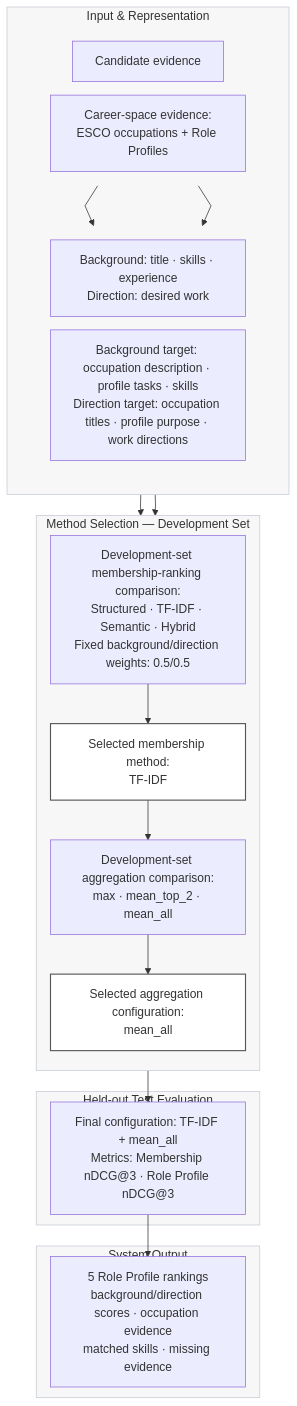
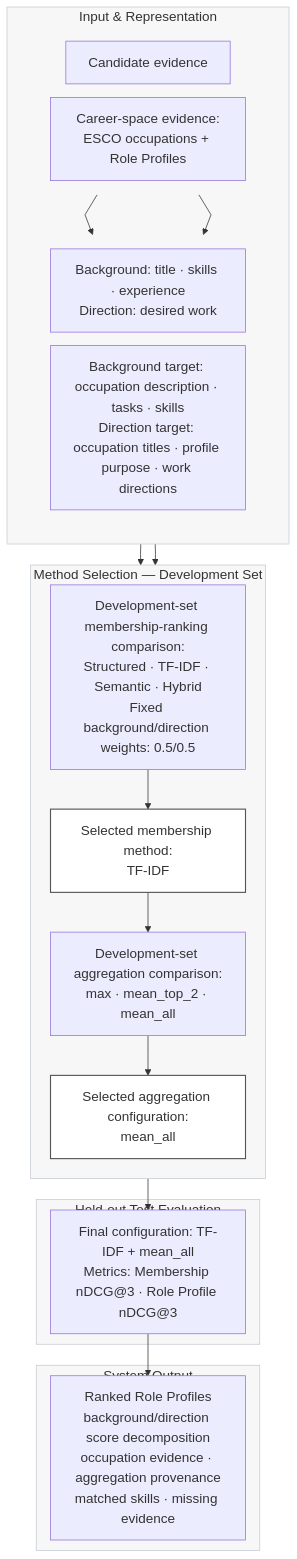
Before and after one commit to 813P/career-decision-support-system: the diagram in README.md, drawn with Mermaid.

Commit message:
Polish README pipeline presentation

````diff
--- a/README.md
+++ b/README.md
@@ -29,48 +29,48 @@
 ```mermaid
-%%{init: {"flowchart": {"curve": "linear", "nodeSpacing": 18, "rankSpacing": 28}}}%%
+%%{init: {"themeVariables": {"fontSize": "18px"}, "flowchart": {"curve": "linear", "nodeSpacing": 18, "rankSpacing": 28}}}%%
 flowchart TB
     subgraph I["Input & Representation"]
         direction TB
         subgraph H[" "]
             direction LR
             C0["Candidate evidence"]
             T0["Career-space evidence:<br/>ESCO occupations + Role Profiles"]
         end
         subgraph F[" "]
             direction LR
             C1["Background: title · skills · experience<br/>Direction: desired work"]
-            T1["Background target: occupation description · profile tasks · skills<br/>Direction target: occupation titles · profile purpose · work directions"]
+            T1["Background target: occupation description · tasks · skills<br/>Direction target: occupation titles · profile purpose · work directions"]
         end
         C0 --> C1
         T0 --> T1
     end
 
     subgraph D["Method Selection — Development Set"]
         direction TB
         E["Development-set membership-ranking comparison:<br/>Structured · TF-IDF · Semantic · Hybrid<br/>Fixed background/direction weights: 0.5/0.5"]
         M["Selected membership method:<br/>TF-IDF"]
         A["Development-set aggregation comparison:<br/>max · mean_top_2 · mean_all"]
         G["Selected aggregation configuration:<br/>mean_all"]
         E --> M --> A --> G
     end
 
     subgraph V["Held-out Test Evaluation"]
         Q["Final configuration: TF-IDF + mean_all<br/>Metrics: Membership nDCG@3 · Role Profile nDCG@3"]
     end
 
     subgraph S["System Output"]
-        O["5 Role Profile rankings<br/>background/direction scores · occupation evidence<br/>matched skills · missing evidence"]
+        O["Ranked Role Profiles<br/>background/direction score decomposition<br/>occupation evidence · aggregation provenance<br/>matched skills · missing evidence"]
     end
 
     C1 --> E
     T1 --> E
     G --> Q --> O
     style I fill:#f7f7f7,stroke:#c5cbd3,stroke-width:1px
     style D fill:#f7f7f7,stroke:#c5cbd3,stroke-width:1px
     style V fill:#f7f7f7,stroke:#c5cbd3,stroke-width:1px
     style S fill:#f7f7f7,stroke:#c5cbd3,stroke-width:1px
     style H fill:transparent,stroke:transparent
     style F fill:transparent,stroke:transparent
     classDef selected fill:#ffffff,stroke:#555555,stroke-width:1.5px
     class M,G selected
 ```
````
